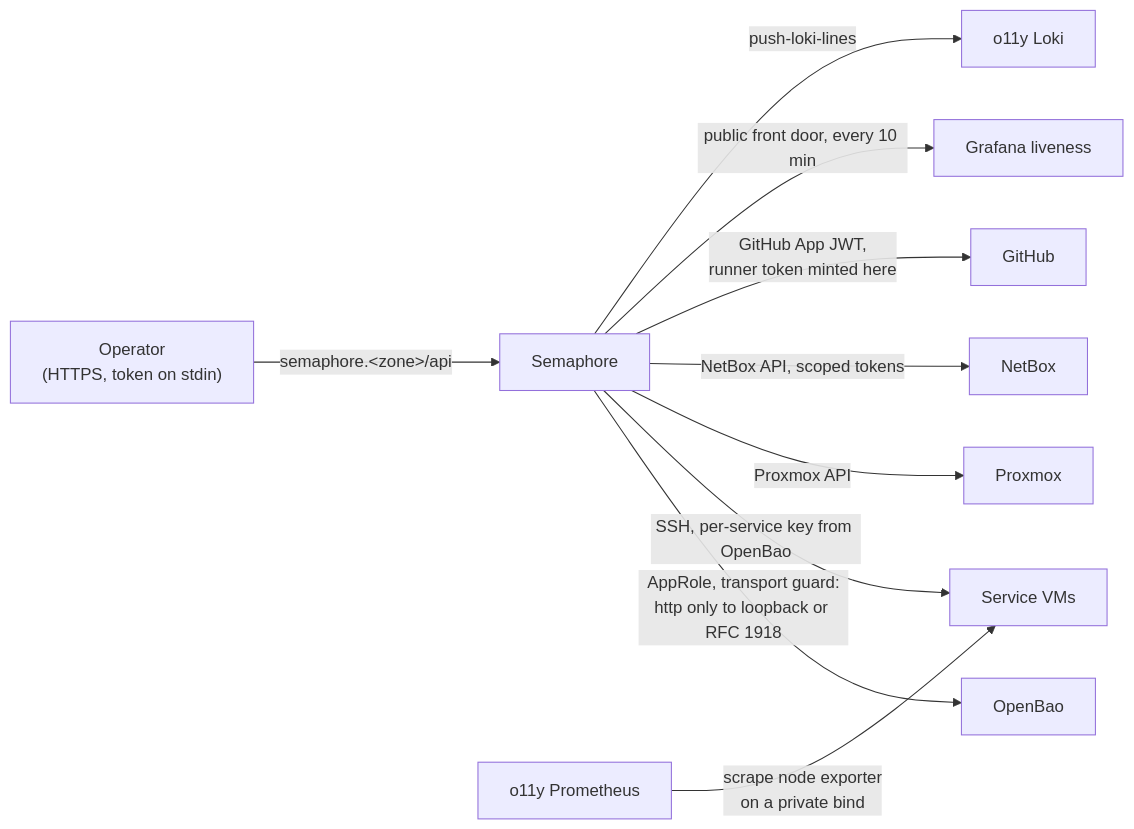
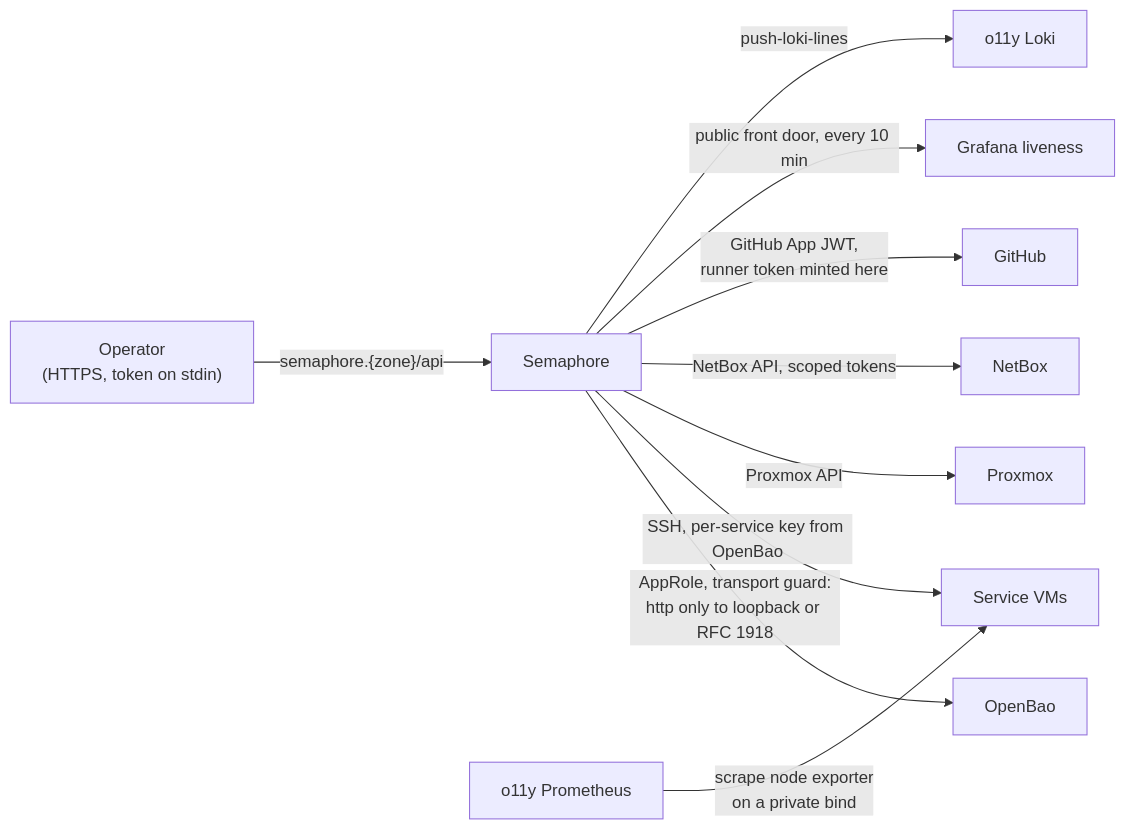
One commit to uhstray-io/agent-cloud changed diagram 11 of 14 in plan/architecture/network-architecture.md. Above: the diagram before and after it, drawn with Mermaid. The commit also changed other lines of this file and 1 other file, not shown here.

First line of the commit message:
docs(architecture): fix diagram placeholders and wide layouts

````diff
--- a/plan/architecture/network-architecture.md
+++ b/plan/architecture/network-architecture.md
@@ -471,12 +472,12 @@
 ```mermaid
 flowchart LR
-    OP["Operator<br/>(HTTPS, token on stdin)"] -->|"semaphore.&lt;zone&gt;/api"| SEM["Semaphore"]
+    OP["Operator<br/>(HTTPS, token on stdin)"] -->|"semaphore.{zone}/api"| SEM["Semaphore"]
     SEM -->|"AppRole, transport guard:<br/>http only to loopback or RFC 1918"| BAO["OpenBao"]
     SEM -->|"SSH, per-service key from OpenBao"| VMS["Service VMs"]
     SEM -->|"Proxmox API"| PVE["Proxmox"]
     SEM -->|"NetBox API, scoped tokens"| NB["NetBox"]
     SEM -->|"GitHub App JWT,<br/>runner token minted here"| GH["GitHub"]
     SEM -->|"public front door, every 10 min"| GRAF["Grafana liveness"]
     PROM["o11y Prometheus"] -->|"scrape node exporter<br/>on a private bind"| VMS
     SEM -->|"push-loki-lines"| LOKI["o11y Loki"]
 ```
````
